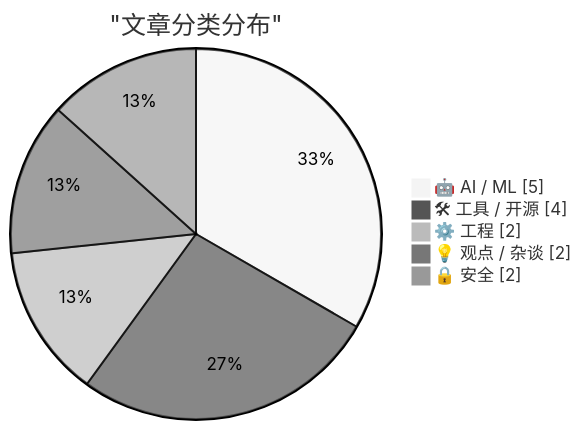
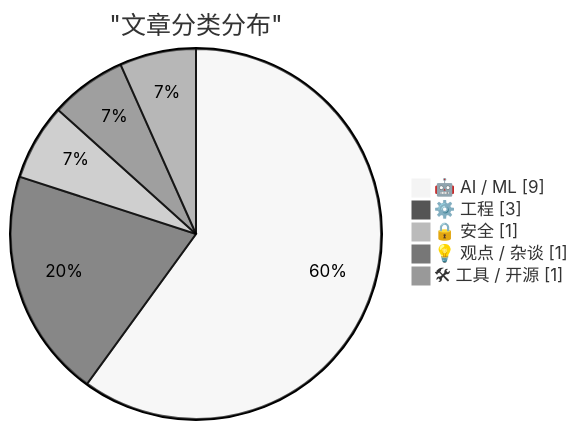
Before and after one commit to AustinWp/ai-daily-digest: the first of 2 diagrams in digests/digest-20260303.md, drawn with Mermaid (neutral theme). The commit also changed other lines of this file, not shown here.

````diff
--- a/digests/digest-20260303.md
+++ b/digests/digest-20260303.md
@@ -333,9 +574,9 @@
 ```mermaid
 pie showData
     title "文章分类分布"
-    "🤖 AI / ML" : 5
-    "🛠 工具 / 开源" : 4
-    "⚙️ 工程" : 2
-    "💡 观点 / 杂谈" : 2
-    "🔒 安全" : 2
+    "🤖 AI / ML" : 9
+    "⚙️ 工程" : 3
+    "🔒 安全" : 1
+    "💡 观点 / 杂谈" : 1
+    "🛠 工具 / 开源" : 1
 ```
````
